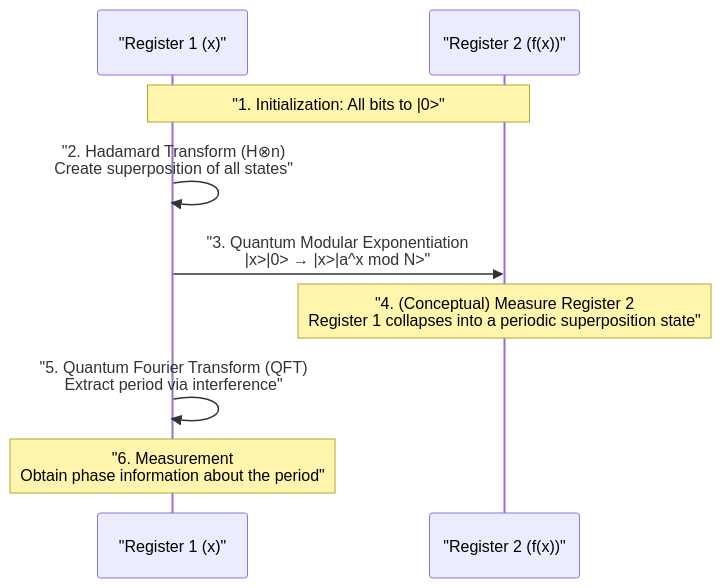
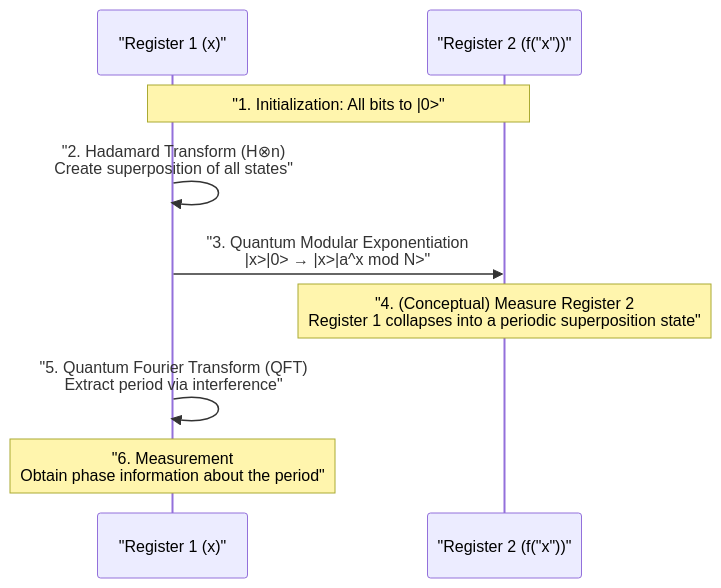
The second of 2 diagrams in content/post/quantum-computing-shors-algorithm/index.en.md (kenjinote/blog), drawn with Mermaid before and after one commit. The commit also changed 929 other files, not shown here.

Commit message:
fix: Add double quotes to all Mermaid node texts to resolve syntax errors

````diff
--- a/content/post/quantum-computing-shors-algorithm/index.en.md
+++ b/content/post/quantum-computing-shors-algorithm/index.en.md
@@ -197,12 +197,12 @@
 ```mermaid
 sequenceDiagram
     participant Q_Reg1 as "Register 1 (x)"
-    participant Q_Reg2 as "Register 2 (f(x))"
+    participant Q_Reg2 as "Register 2 (f("x"))"
     
     Note over Q_Reg1,Q_Reg2: "1. Initialization: All bits to |0>"
     Q_Reg1->>Q_Reg1: "2. Hadamard Transform (H⊗n) <br/>Create superposition of all states"
     Q_Reg1->>Q_Reg2: "3. Quantum Modular Exponentiation <br/> |x>|0> → |x>|a^x mod N>"
     Note over Q_Reg2: "4. (Conceptual) Measure Register 2<br/>Register 1 collapses into a periodic superposition state"
     Q_Reg1->>Q_Reg1: "5. Quantum Fourier Transform (QFT)<br/>Extract period via interference"
     Note over Q_Reg1: "6. Measurement<br/>Obtain phase information about the period"
 ```
````
